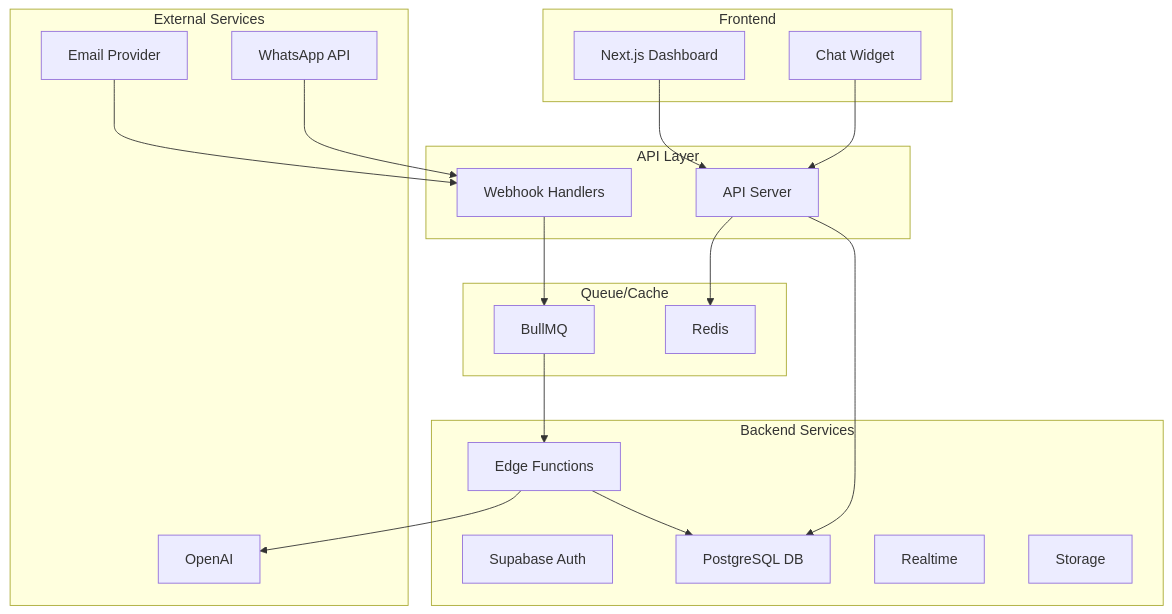
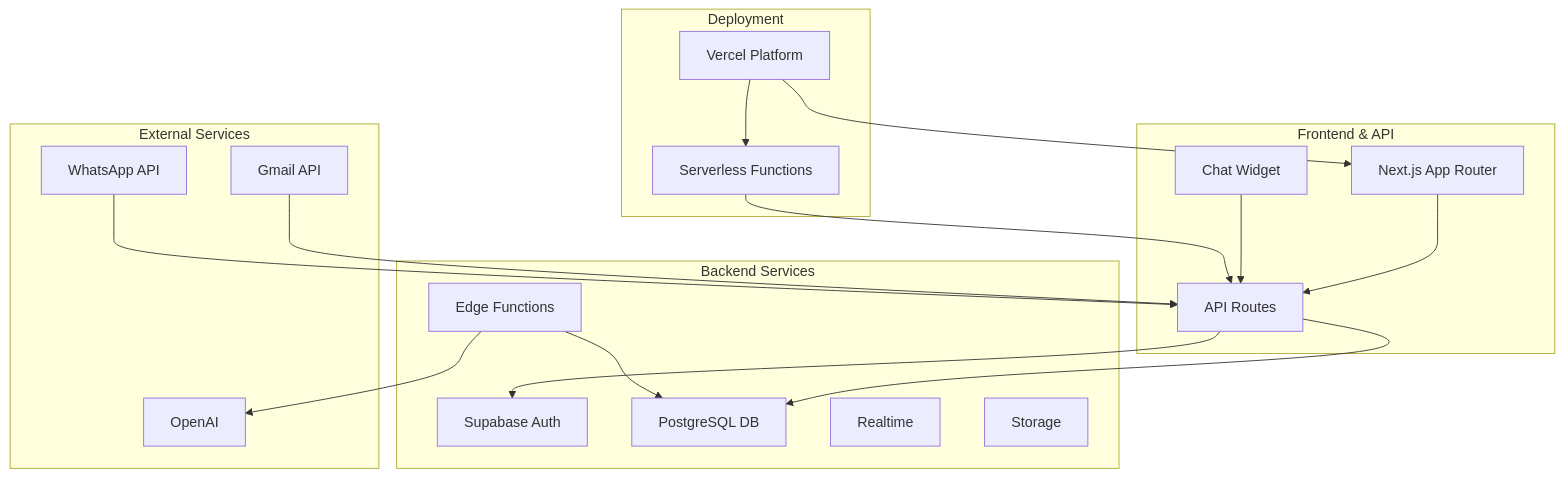
Before and after one commit to wasgeurtjeNL/zynlo-helpdesk-fixed: the diagram in docs/ARCHITECTURE.md, drawn with Mermaid. The commit also changed other lines of this file and 4 other files, not shown here.

````diff
--- a/docs/ARCHITECTURE.md
+++ b/docs/ARCHITECTURE.md
@@ -8,42 +9,39 @@
 ```mermaid
 graph TB
-    subgraph "Frontend"
-        A[Next.js Dashboard]
-        B[Chat Widget]
-    end
-    
-    subgraph "API Layer"
-        C[API Server]
-        D[Webhook Handlers]
+    subgraph "Frontend & API"
+        A[Next.js App Router]
+        B[API Routes]
+        C[Chat Widget]
     end
     
     subgraph "Backend Services"
-        E[Supabase Auth]
-        F[PostgreSQL DB]
-        G[Realtime]
-        H[Edge Functions]
-        I[Storage]
+        D[Supabase Auth]
+        E[PostgreSQL DB]
+        F[Realtime]
+        G[Edge Functions]
+        H[Storage]
     end
     
     subgraph "External Services"
-        J[Email Provider]
-        K[WhatsApp API]
-        L[OpenAI]
+        I[Gmail API]
+        J[WhatsApp API]
+        K[OpenAI]
     end
     
-    subgraph "Queue/Cache"
-        M[Redis]
-        N[BullMQ]
+    subgraph "Deployment"
+        L[Vercel Platform]
+        M[Serverless Functions]
     end
     
-    A --> C
-    B --> C
-    C --> F
-    C --> M
-    D --> N
-    N --> H
-    H --> F
-    H --> L
-    J --> D
-    K --> D
+    A --> B
+    B --> E
+    B --> D
+    C --> B
+    G --> E
+    G --> K
+    I --> B
+    J --> B
+    L --> A
+    L --> M
+    M --> B
 ```
````
